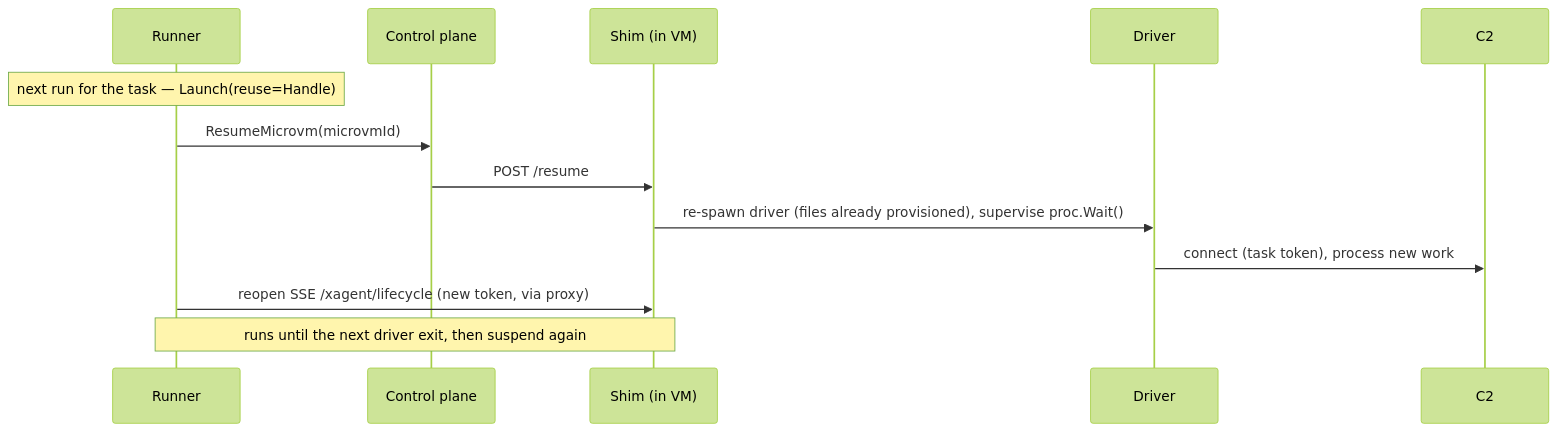
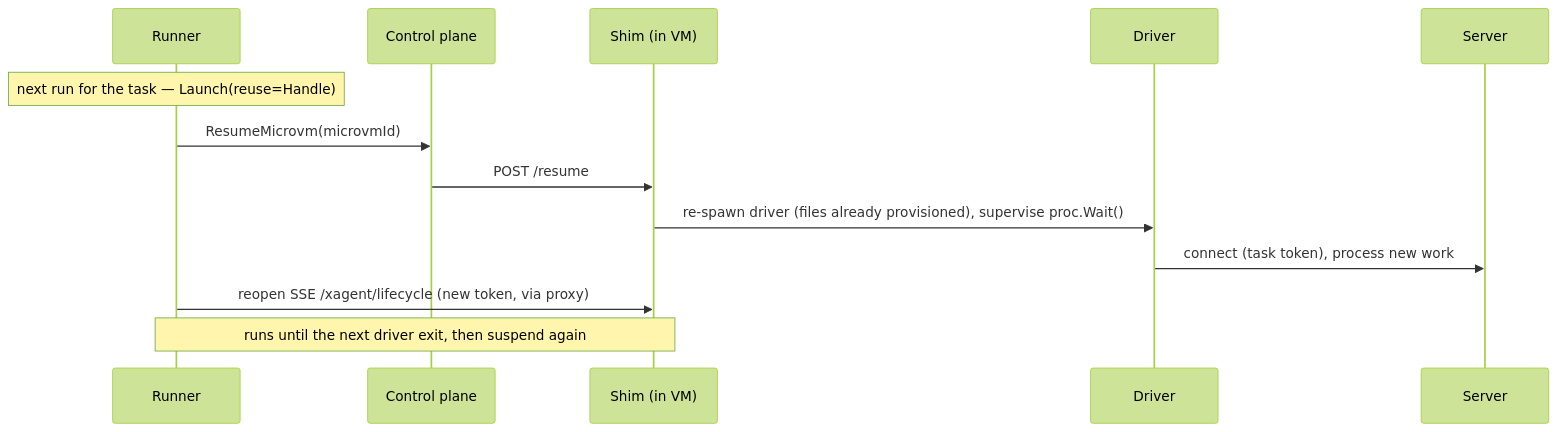
The second of 4 diagrams in proposals/draft/lambda-microvm-backend.md (icholy/xagent), drawn with Mermaid (forest theme) before and after one commit. The commit also changed other lines of this file and 33 other files, not shown here.

````diff
--- a/proposals/draft/lambda-microvm-backend.md
+++ b/proposals/draft/lambda-microvm-backend.md
@@ -309,16 +309,16 @@
 ```mermaid
 sequenceDiagram
     participant R as Runner
     participant CP as Control plane
     participant Shim as Shim (in VM)
     participant Drv as Driver
-    participant C2
+    participant Server
 
     Note over R: next run for the task — Launch(reuse=Handle)
     R->>CP: ResumeMicrovm(microvmId)
     CP->>Shim: POST /resume
     Shim->>Drv: re-spawn driver (files already provisioned), supervise proc.Wait()
-    Drv->>C2: connect (task token), process new work
+    Drv->>Server: connect (task token), process new work
     R->>Shim: reopen SSE /xagent/lifecycle (new token, via proxy)
     Note over R,Shim: runs until the next driver exit, then suspend again
 ```
````
